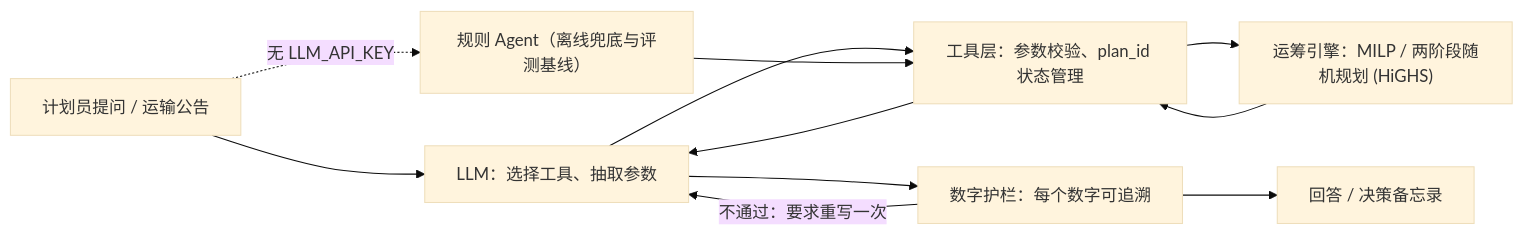
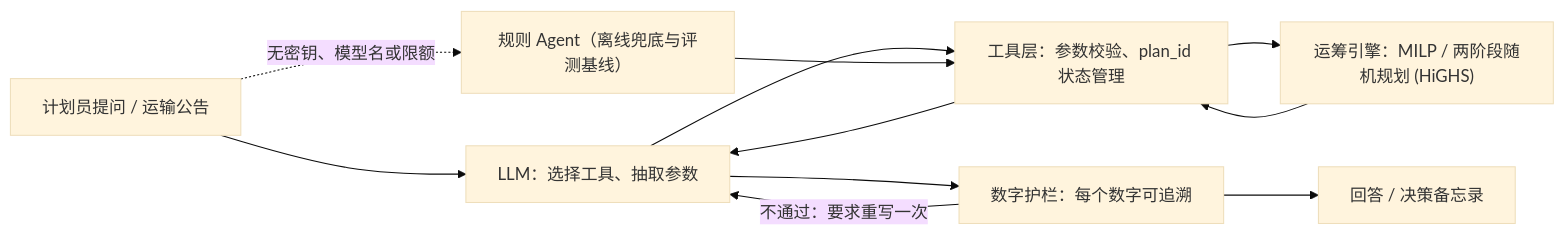
One commit to nomoretry/semiconductor-logistics-decarbonization changed the first of 2 diagrams in docs/planning_agent.md. Above: the diagram before and after it, drawn with Mermaid (base theme). The commit also changed other lines of this file and 6 other files, not shown here.

````diff
--- a/docs/planning_agent.md
+++ b/docs/planning_agent.md
@@ -14,13 +14,13 @@
 ```mermaid
 flowchart LR
     U["计划员提问 / 运输公告"] --> L["LLM：选择工具、抽取参数"]
     L --> T["工具层：参数校验、plan_id 状态管理"]
     T --> E["运筹引擎：MILP / 两阶段随机规划 (HiGHS)"]
     E --> T
     T --> L
     L --> G["数字护栏：每个数字可追溯"]
     G -->|不通过：要求重写一次| L
     G --> A["回答 / 决策备忘录"]
-    U -.->|无 LLM_API_KEY| R["规则 Agent（离线兜底与评测基线）"]
+    U -.->|无密钥、模型名或限额| R["规则 Agent（离线兜底与评测基线）"]
     R --> T
 ```
````
